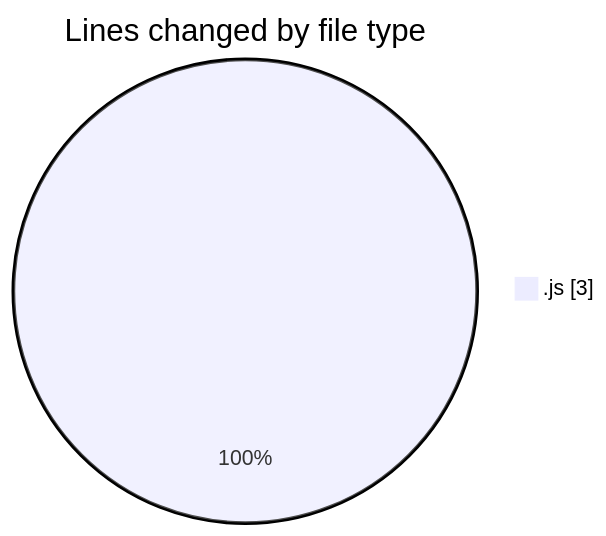
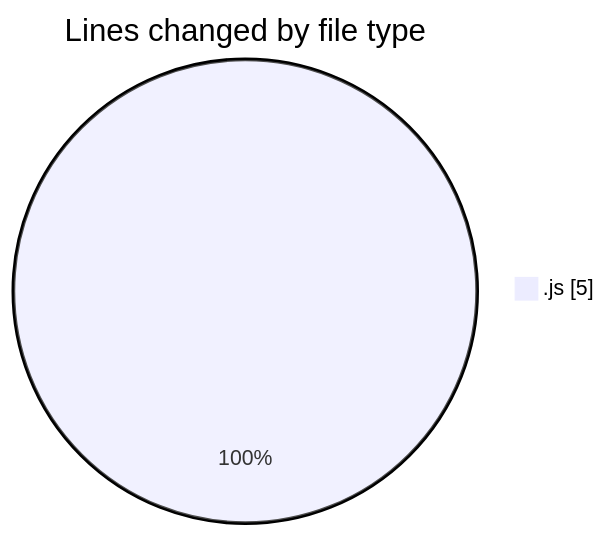
One commit to Ritupan-Deka/code-tracking changed the first of 2 diagrams in 2025-07-29/javascript/README.md. Above: the diagram before and after it, drawn with Mermaid. The commit also changed other lines of this file and 1 other file, not shown here.

````diff
--- a/2025-07-29/javascript/README.md
+++ b/2025-07-29/javascript/README.md
@@ -20,5 +20,5 @@
 ```mermaid
 pie showData
 title Lines changed by file type
-".js" : 3
+".js" : 5
 ```
````
